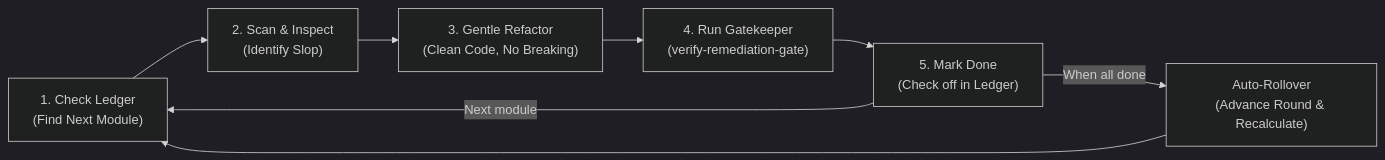
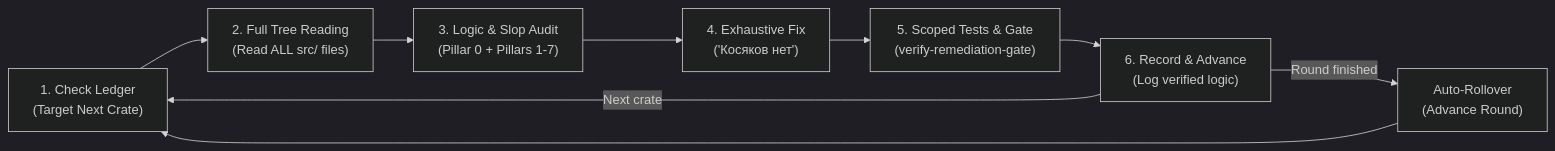
The diagram in docs/CONTINUOUS_CODE_REVIEW.md (RusTokRs/RusTok), drawn with Mermaid (dark theme) before and after one commit. The commit also changed other lines of this file and 2 other files, not shown here.

Commit message:
docs(governance): mandate behavioral logic verification and exhaustive crate sweep

````diff
--- a/docs/CONTINUOUS_CODE_REVIEW.md
+++ b/docs/CONTINUOUS_CODE_REVIEW.md
@@ -41,10 +41,11 @@
 ```mermaid
 flowchart LR
-    A["1. Check Ledger<br/>(Find Next Module)"] --> B["2. Scan & Inspect<br/>(Identify Slop)"]
-    B --> C["3. Gentle Refactor<br/>(Clean Code, No Breaking)"]
-    C --> D["4. Run Gatekeeper<br/>(verify-remediation-gate)"]
-    D --> E["5. Mark Done<br/>(Check off in Ledger)"]
-    E -->|Next module| A
-    E -->|When all done| F["Auto-Rollover<br/>(Advance Round & Recalculate)"]
-    F --> A
+    A["1. Check Ledger<br/>(Target Next Crate)"] --> B["2. Full Tree Reading<br/>(Read ALL src/ files)"]
+    B --> C["3. Logic & Slop Audit<br/>(Pillar 0 + Pillars 1-7)"]
+    C --> D["4. Exhaustive Fix<br/>('Косяков нет')"]
+    D --> E["5. Scoped Tests & Gate<br/>(verify-remediation-gate)"]
+    E --> F["6. Record & Advance<br/>(Log verified logic)"]
+    F -->|Next crate| A
+    F -->|Round finished| G["Auto-Rollover<br/>(Advance Round)"]
+    G --> A
 ```
````
